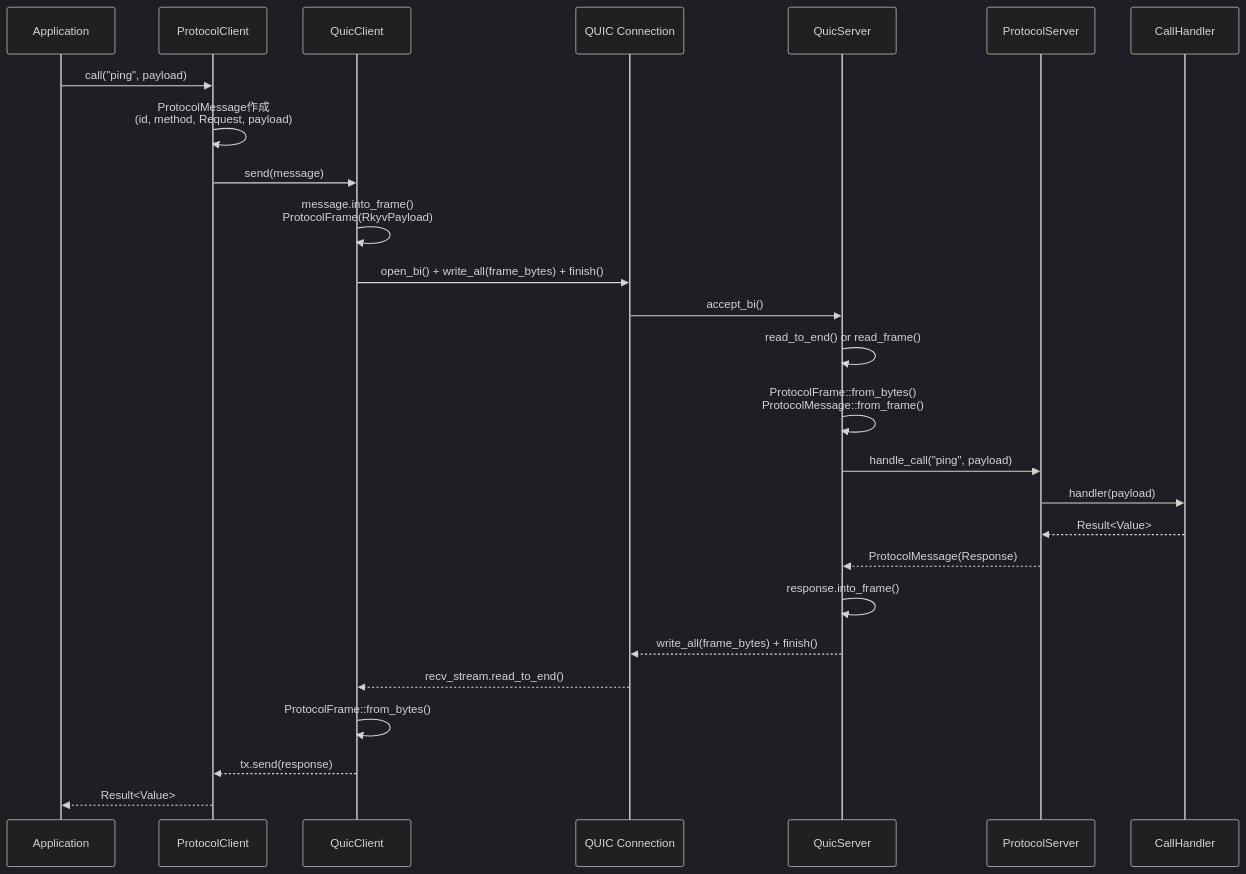
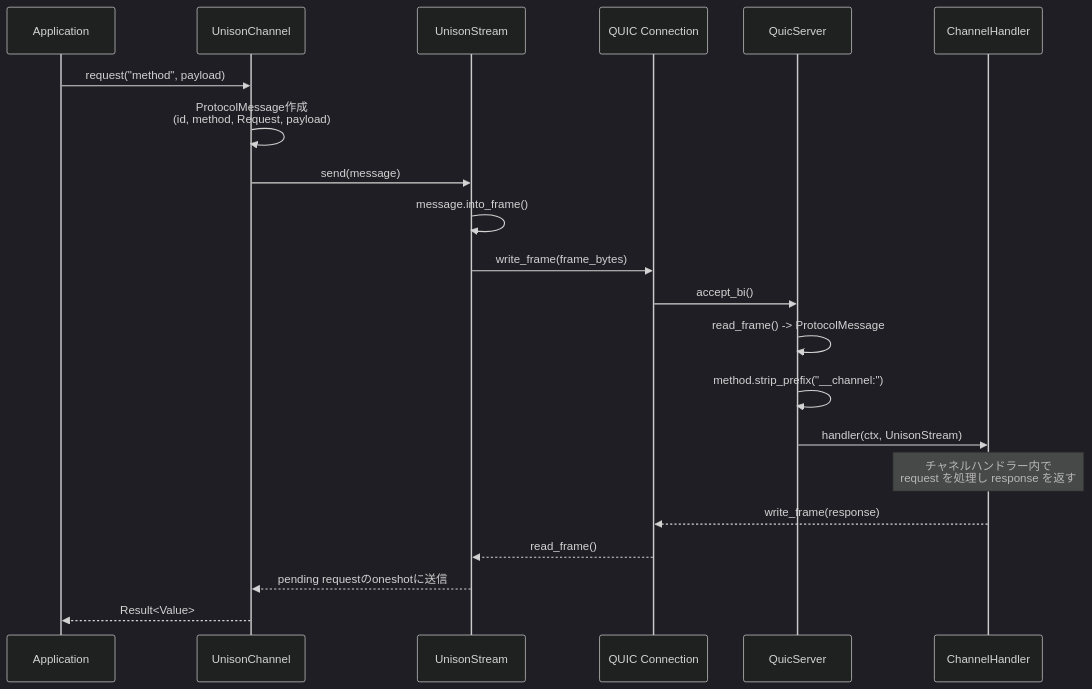
One commit to chronista-club/unison changed the second of 5 diagrams in design/architecture.md. Above: the diagram before and after it, drawn with Mermaid (dark theme). The commit also changed other lines of this file and 33 other files, not shown here.

````diff
--- a/design/architecture.md
+++ b/design/architecture.md
@@ -162,31 +162,26 @@
 ```mermaid
 sequenceDiagram
     participant App as Application
-    participant PC as ProtocolClient
-    participant QC as QuicClient
+    participant UC as UnisonChannel
+    participant US as UnisonStream
     participant Net as QUIC Connection
     participant QS as QuicServer
-    participant PS as ProtocolServer
-    participant H as CallHandler
+    participant CH as ChannelHandler
 
-    App->>PC: call("ping", payload)
-    PC->>PC: ProtocolMessage作成<br/>(id, method, Request, payload)
-    PC->>QC: send(message)
-    QC->>QC: message.into_frame()<br/>ProtocolFrame(RkyvPayload)
-    QC->>Net: open_bi() + write_all(frame_bytes) + finish()
+    App->>UC: request("method", payload)
+    UC->>UC: ProtocolMessage作成<br/>(id, method, Request, payload)
+    UC->>US: send(message)
+    US->>US: message.into_frame()
+    US->>Net: write_frame(frame_bytes)
 
     Net->>QS: accept_bi()
-    QS->>QS: read_to_end() or read_frame()
-    QS->>QS: ProtocolFrame::from_bytes()<br/>ProtocolMessage::from_frame()
-    QS->>PS: handle_call("ping", payload)
-    PS->>H: handler(payload)
-    H-->>PS: Result<Value>
-    PS-->>QS: ProtocolMessage(Response)
-    QS->>QS: response.into_frame()
-    QS-->>Net: write_all(frame_bytes) + finish()
+    QS->>QS: read_frame() -> ProtocolMessage
+    QS->>QS: method.strip_prefix("__channel:")
+    QS->>CH: handler(ctx, UnisonStream)
+    Note over CH: チャネルハンドラー内で<br/>request を処理し response を返す
 
-    Net-->>QC: recv_stream.read_to_end()
-    QC->>QC: ProtocolFrame::from_bytes()
-    QC-->>PC: tx.send(response)
-    PC-->>App: Result<Value>
+    CH-->>Net: write_frame(response)
+    Net-->>US: read_frame()
+    US-->>UC: pending requestのoneshotに送信
+    UC-->>App: Result<Value>
 ```
````
